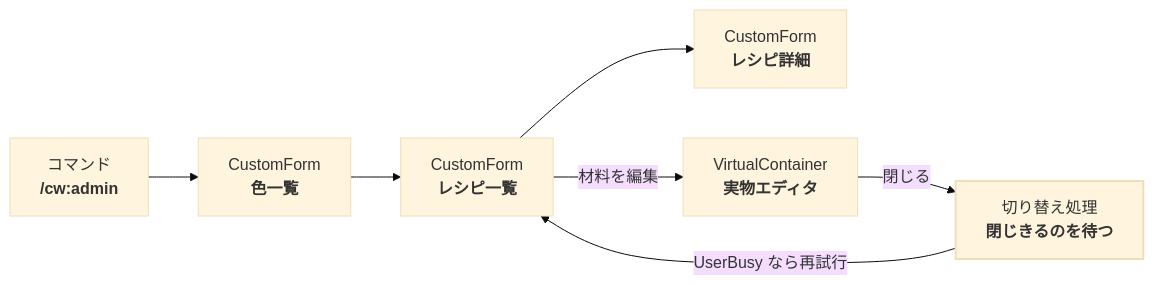
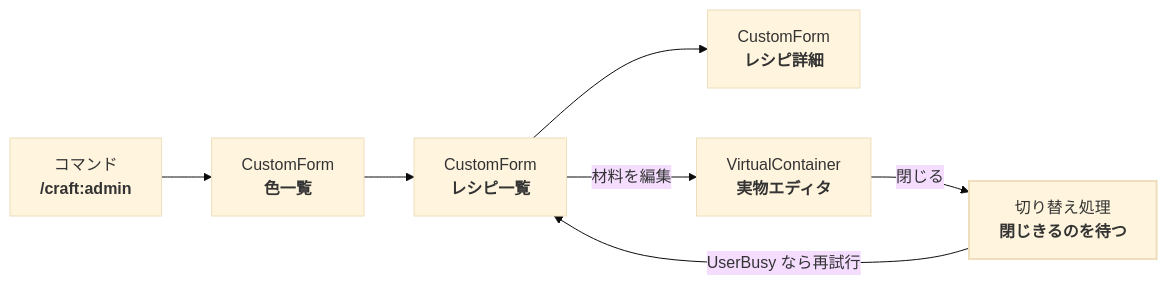
The diagram in docs/06-admin-ui.md (tutinoko2048/custom-crafting), drawn with Mermaid (base theme) before and after one commit. The commit also changed other lines of this file and 59 other files, not shown here.

````diff
--- a/docs/06-admin-ui.md
+++ b/docs/06-admin-ui.md
@@ -22,10 +22,10 @@
 ```mermaid
 flowchart LR
-    admin["コマンド<br/><b>/cw:admin</b>"] --> colors["CustomForm<br/><b>色一覧</b>"]
+    admin["コマンド<br/><b>/craft:admin</b>"] --> colors["CustomForm<br/><b>色一覧</b>"]
     colors --> recipes["CustomForm<br/><b>レシピ一覧</b>"]
     recipes --> detail["CustomForm<br/><b>レシピ詳細</b>"]
     recipes -- 材料を編集 --> editor["VirtualContainer<br/><b>実物エディタ</b>"]
     editor -- 閉じる --> wait["切り替え処理<br/><b>閉じきるのを待つ</b>"]
     wait -- UserBusy なら再試行 --> recipes
     style wait stroke-width:2px
 ```
````
